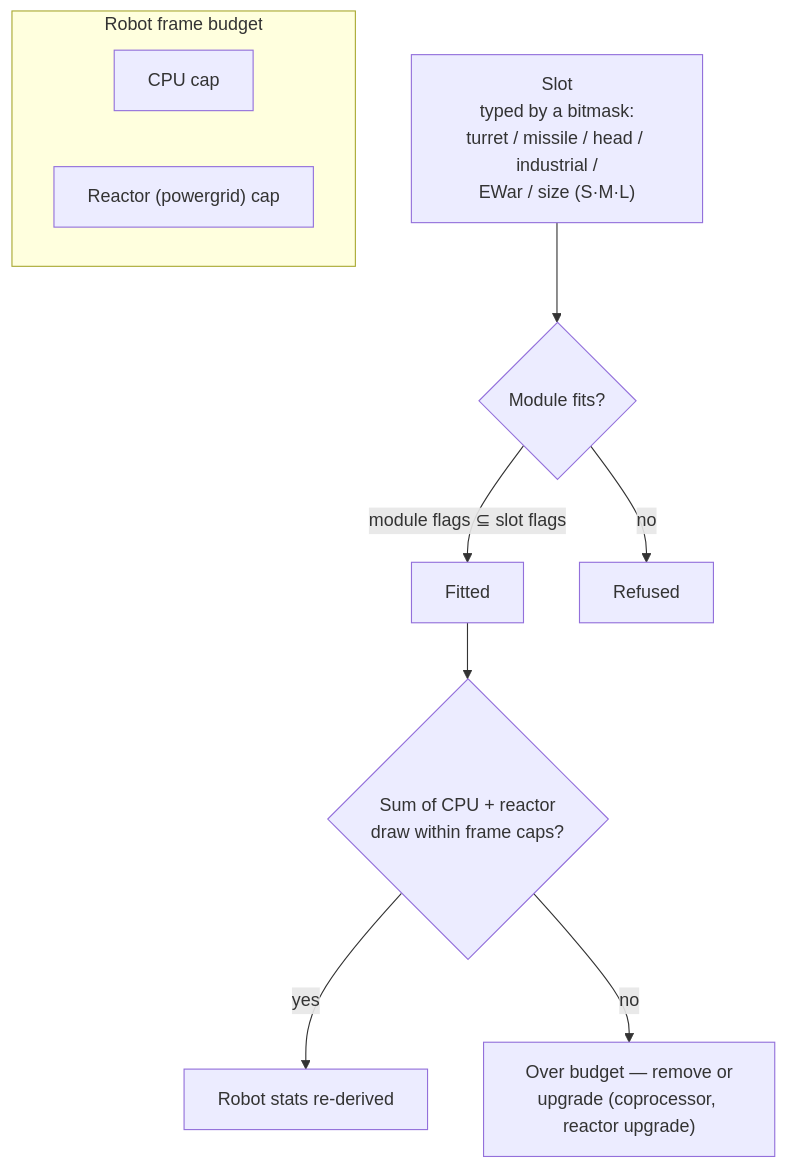
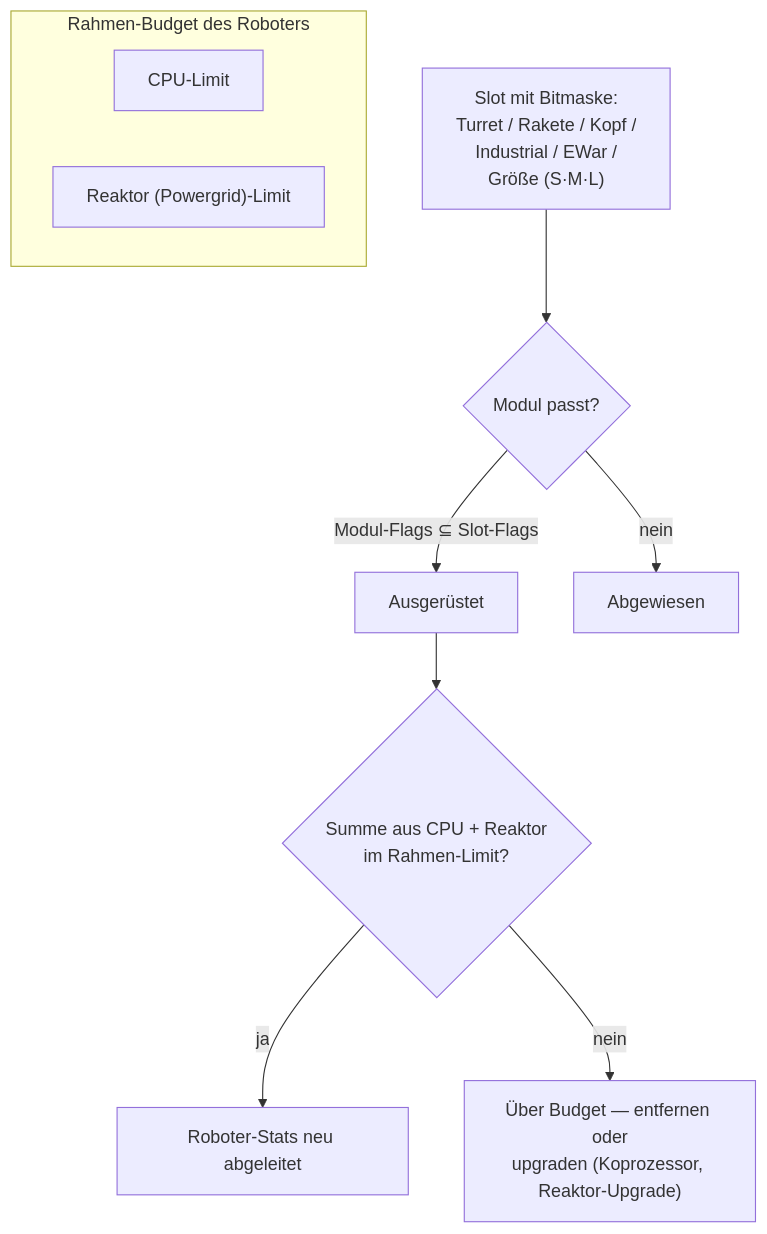
The diagram in content/de/features/modules.md (OpenPerpetuum/wiki), drawn with Mermaid before and after one commit. The commit also changed other lines of this file and 15917 other files, not shown here.

Commit message:
feat: expand translations across 13 languages, fix item production headings and interactive diagram clicks

````diff
--- a/content/de/features/modules.md
+++ b/content/de/features/modules.md
@@ -13,13 +13,13 @@
 ```mermaid
 flowchart TD
-    subgraph Frame["Robot frame budget"]
-        CPU["CPU cap"]
-        PG["Reactor (powergrid) cap"]
+    subgraph Frame["Rahmen-Budget des Roboters"]
+        CPU["CPU-Limit"]
+        PG["Reaktor (Powergrid)-Limit"]
     end
-    S["Slot\ntyped by a bitmask:\nturret / missile / head / industrial /\nEWar / size (S·M·L)"] --> R{"Module fits?"}
-    R -->|"module flags ⊆ slot flags"| FIT["Fitted"]
-    R -->|"no"| NO["Refused"]
-    FIT --> B{"Sum of CPU + reactor\ndraw within frame caps?"}
-    B -->|yes| OK["Robot stats re-derived"]
-    B -->|no| NO2["Over budget — remove or\nupgrade (coprocessor, reactor upgrade)"]
+    S["Slot mit Bitmaske:\nTurret / Rakete / Kopf /\nIndustrial / EWar /\nGröße (S·M·L)"] --> R{"Modul passt?"}
+    R -->|"Modul-Flags ⊆ Slot-Flags"| FIT["Ausgerüstet"]
+    R -->|"nein"| NO["Abgewiesen"]
+    FIT --> B{"Summe aus CPU + Reaktor\nim Rahmen-Limit?"}
+    B -->|ja| OK["Roboter-Stats neu abgeleitet"]
+    B -->|nein| NO2["Über Budget — entfernen oder\nupgraden (Koprozessor, Reaktor-Upgrade)"]
 ```
````
